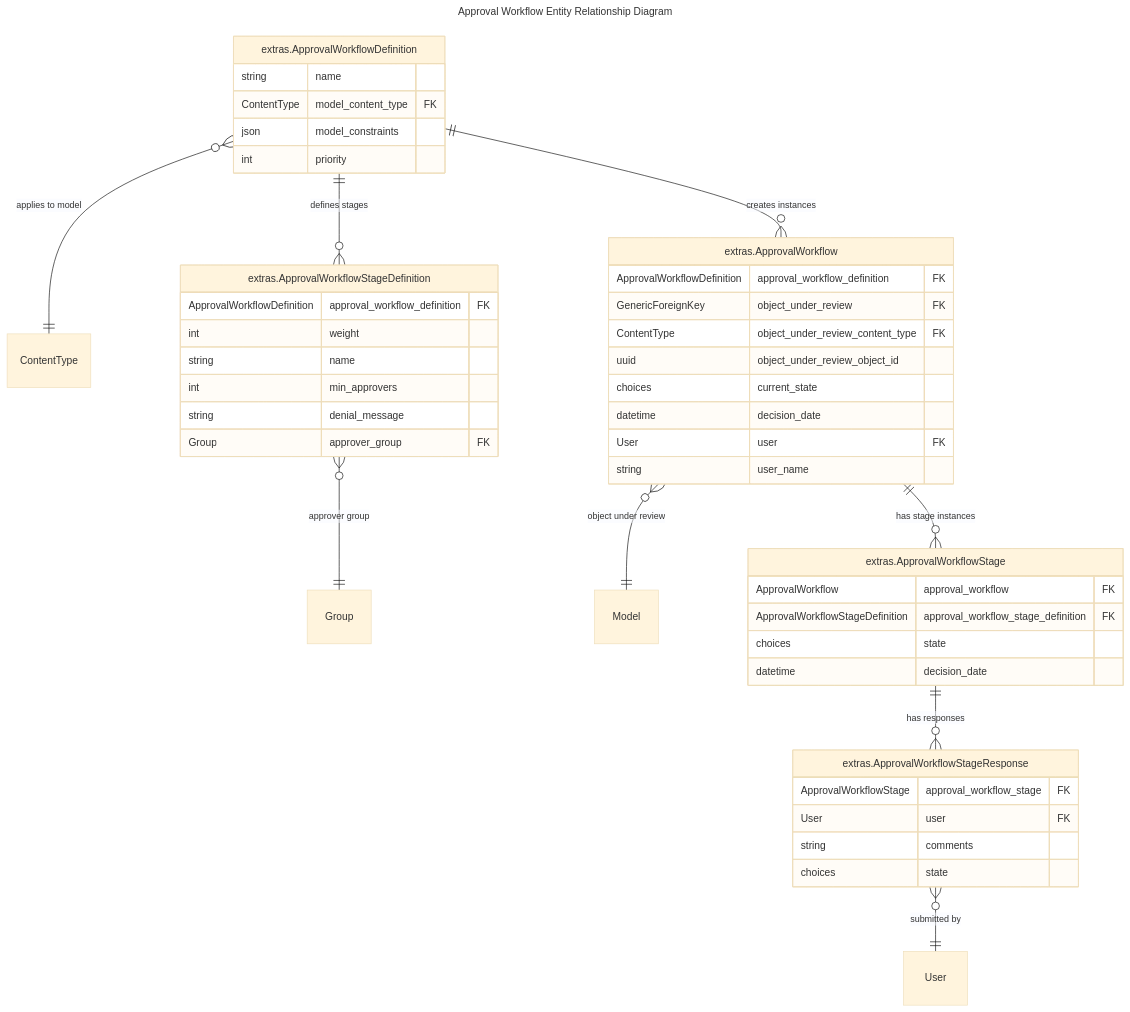
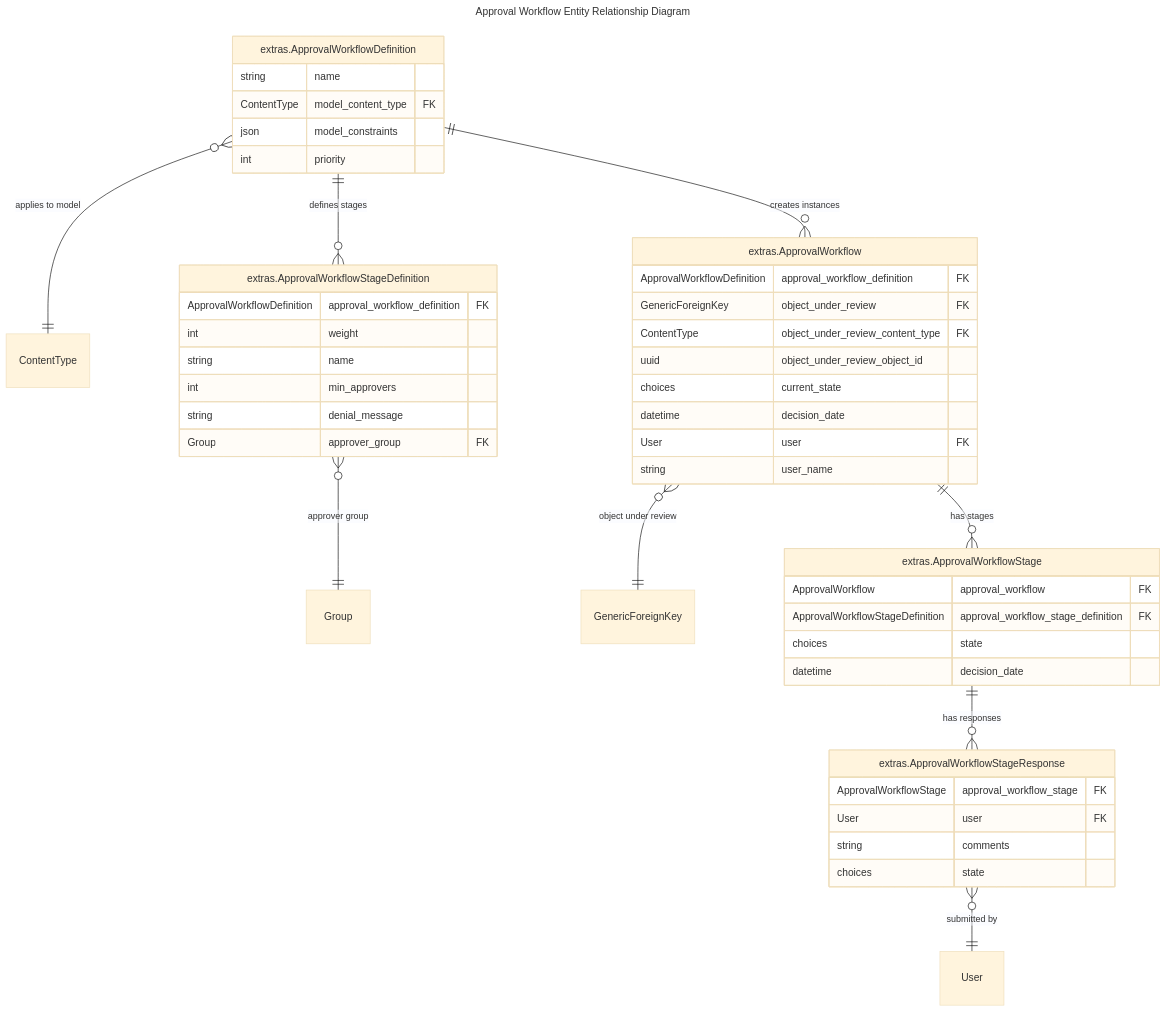
One commit to nautobot/nautobot changed the diagram in nautobot/docs/user-guide/platform-functionality/approval-workflow.md. Above: the diagram before and after it, drawn with Mermaid (base theme). The commit also changed other lines of this file and 21 other files, not shown here.

````diff
--- a/nautobot/docs/user-guide/platform-functionality/approval-workflow.md
+++ b/nautobot/docs/user-guide/platform-functionality/approval-workflow.md
@@ -14,56 +14,56 @@
 ```mermaid
 ---
 title: Approval Workflow Entity Relationship Diagram
 ---
 erDiagram
     "extras.ApprovalWorkflowDefinition" {
         string name
         ContentType model_content_type FK
         json model_constraints
         int priority
     }
     "extras.ApprovalWorkflowStageDefinition" {
         ApprovalWorkflowDefinition approval_workflow_definition FK
         int weight
         string name
         int min_approvers
         string denial_message
         Group approver_group FK
     }
     "extras.ApprovalWorkflow" {
         ApprovalWorkflowDefinition approval_workflow_definition FK
         GenericForeignKey object_under_review FK
         ContentType object_under_review_content_type FK
         uuid object_under_review_object_id
         choices current_state
         datetime decision_date
         User user FK
         string user_name
     }
     "extras.ApprovalWorkflowStage" {
         ApprovalWorkflow approval_workflow FK
         ApprovalWorkflowStageDefinition approval_workflow_stage_definition FK
         choices state
         datetime decision_date
     }
     "extras.ApprovalWorkflowStageResponse" {
         ApprovalWorkflowStage approval_workflow_stage FK
         User user FK
         string comments
         choices state
     }
 
     "contenttypes.ContentType"[ContentType] {}
     "users.User"[User] {}
     "users.Group"[Group] {}
-    "models.Model"[Model] {}
+    "models.GenericForeignKey"[GenericForeignKey] {}
 
     "extras.ApprovalWorkflowDefinition" }o--|| "contenttypes.ContentType": "applies to model"
     "extras.ApprovalWorkflowDefinition" ||--o{ "extras.ApprovalWorkflowStageDefinition": "defines stages"
     "extras.ApprovalWorkflowStageDefinition" }o--|| "users.Group": "approver group"
     "extras.ApprovalWorkflowDefinition" ||--o{ "extras.ApprovalWorkflow": "creates instances"
-    "extras.ApprovalWorkflow" }o--|| "models.Model": "object under review"
-    "extras.ApprovalWorkflow" ||--o{ "extras.ApprovalWorkflowStage": "has stage instances"
+    "extras.ApprovalWorkflow" }o--|| "models.GenericForeignKey": "object under review"
+    "extras.ApprovalWorkflow" ||--o{ "extras.ApprovalWorkflowStage": "has stages"
     "extras.ApprovalWorkflowStage" ||--o{ "extras.ApprovalWorkflowStageResponse": "has responses"
     "extras.ApprovalWorkflowStageResponse" }o--|| "users.User": "submitted by"
 ```
````
